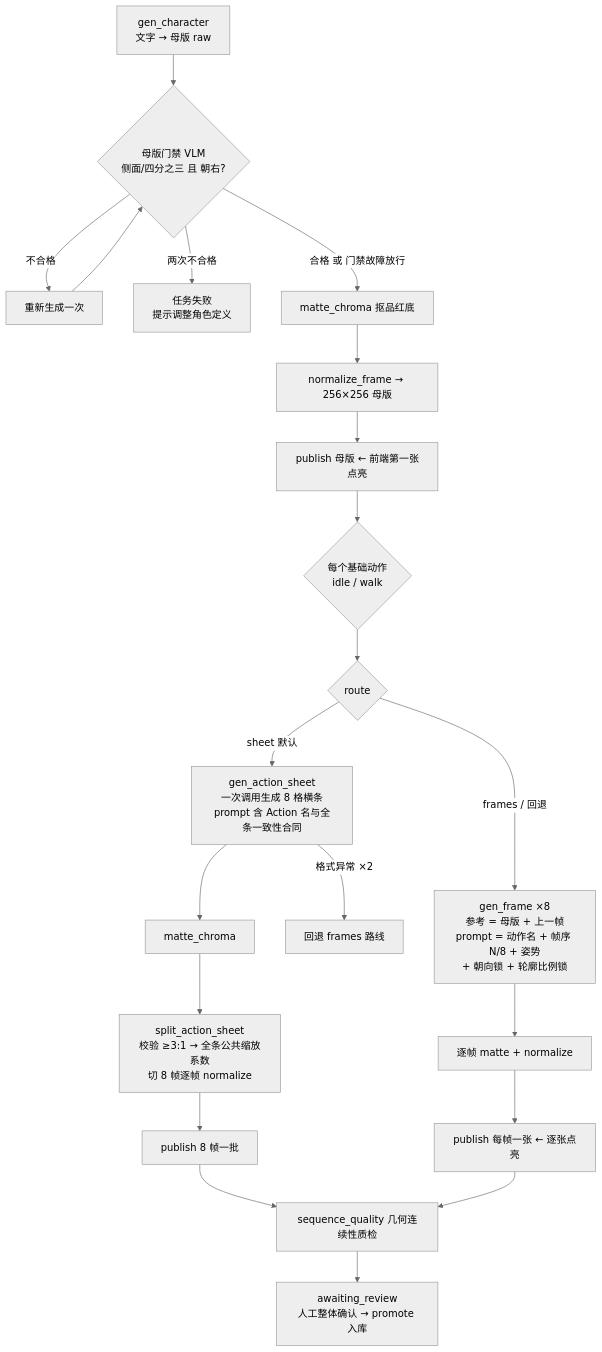
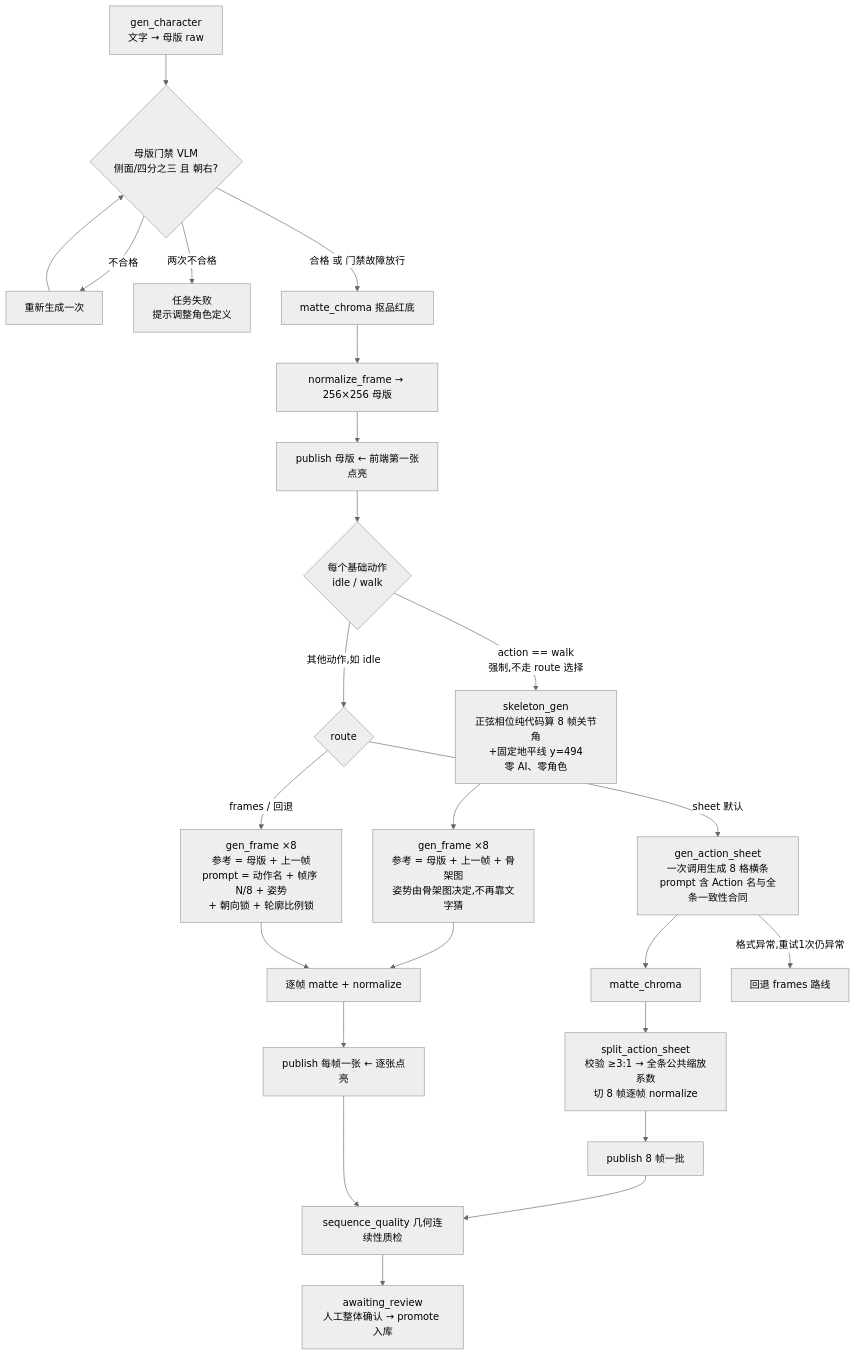
The second of 3 diagrams in GENERATION_WORKFLOW.md (huyanxius/windup-asset-lab), drawn with Mermaid (neutral theme) before and after one commit. The commit also changed other lines of this file and 8 other files, not shown here.

Commit message:
docs: document walk's forced skeleton route and refresh skeleton character frames

````diff
--- a/GENERATION_WORKFLOW.md
+++ b/GENERATION_WORKFLOW.md
@@ -26,19 +26,22 @@
 ```mermaid
 flowchart TD
     S[gen_character<br>文字 → 母版 raw] --> GATE{母版门禁 VLM<br>侧面/四分之三 且 朝右?}
     GATE -->|不合格| REGEN[重新生成一次] --> GATE
     GATE -->|两次不合格| FAIL[任务失败<br>提示调整角色定义]
     GATE -->|合格 或 门禁故障放行| M1[matte_chroma 抠品红底]
     M1 --> N1[normalize_frame → 256×256 母版]
     N1 --> PUB0[publish 母版 ← 前端第一张点亮]
     PUB0 --> LOOP{每个基础动作<br>idle / walk}
-    LOOP --> ROUTE{route}
+    LOOP -->|action == walk<br>强制,不走 route 选择| SK[skeleton_gen<br>正弦相位纯代码算 8 帧关节角<br>+固定地平线 y=494<br>零 AI、零角色]
+    SK --> FRW[gen_frame ×8<br>参考 = 母版 + 上一帧 + 骨架图<br>姿势由骨架图决定,不再靠文字猜]
+    FRW --> M3
+    LOOP -->|其他动作,如 idle| ROUTE{route}
     ROUTE -->|sheet 默认| SH[gen_action_sheet<br>一次调用生成 8 格横条<br>prompt 含 Action 名与全条一致性合同]
     SH --> M2[matte_chroma] --> SP[split_action_sheet<br>校验 ≥3:1 → 全条公共缩放系数<br>切 8 帧逐帧 normalize]
     SP --> PUB1[publish 8 帧一批]
-    SH -->|格式异常 ×2| FB[回退 frames 路线]
+    SH -->|格式异常,重试1次仍异常| FB[回退 frames 路线]
     ROUTE -->|frames / 回退| FR[gen_frame ×8<br>参考 = 母版 + 上一帧<br>prompt = 动作名 + 帧序 N/8 + 姿势<br>+ 朝向锁 + 轮廓比例锁]
     FR --> M3[逐帧 matte + normalize] --> PUB2[publish 每帧一张 ← 逐张点亮]
     PUB1 & PUB2 --> Q[sequence_quality 几何连续性质检]
     Q --> AR[awaiting_review<br>人工整体确认 → promote 入库]
 ```
````
